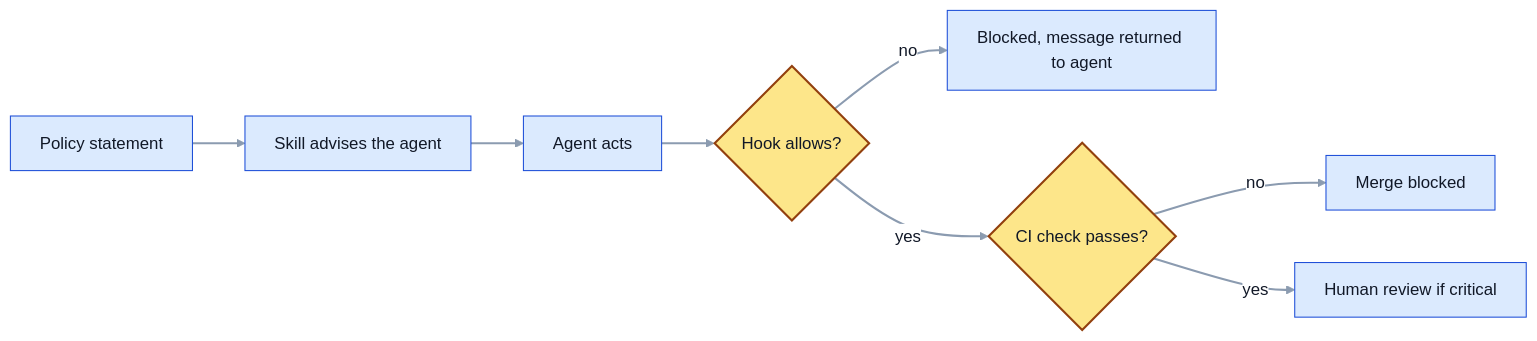
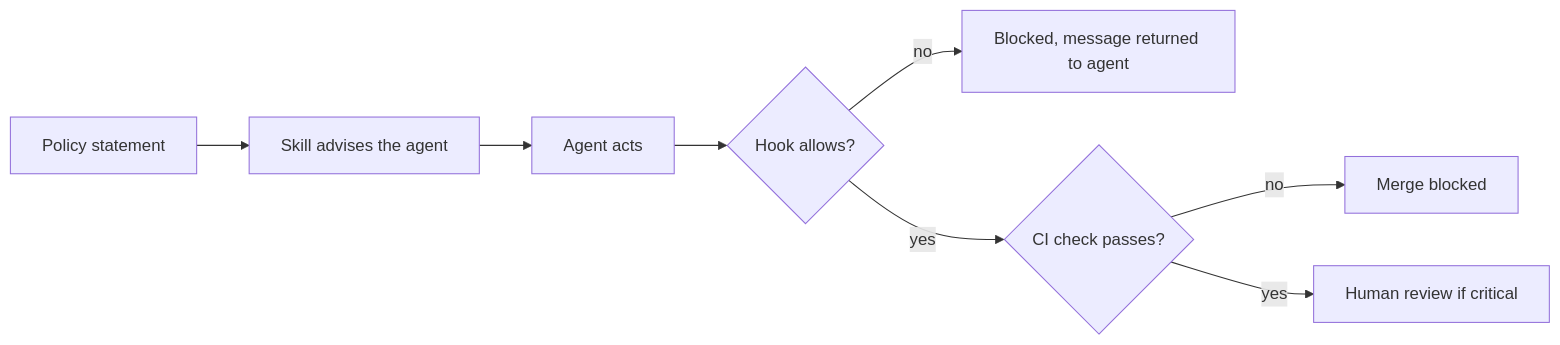
The diagram in skills/agentic-sdlc-bootstrap/assets/templates/policy.md (rafapc2/agentic_sdlc), drawn with Mermaid before and after one commit. The commit also changed other lines of this file and 12 other files, not shown here.

First line of the commit message:
fix: use the default Mermaid theme in diagrams

````diff
--- a/skills/agentic-sdlc-bootstrap/assets/templates/policy.md
+++ b/skills/agentic-sdlc-bootstrap/assets/templates/policy.md
@@ -38,14 +38,10 @@
 ```mermaid
-%%{init: {"theme":"base","themeVariables":{"fontFamily":"Arial, sans-serif","fontSize":"16px","lineColor":"#8b9bb0","textColor":"#111827","primaryTextColor":"#111827","primaryColor":"#dbeafe","primaryBorderColor":"#1d4ed8","edgeLabelBackground":"#ffffff","clusterBkg":"#f1f5f9","clusterBorder":"#475569","titleColor":"#111827"},"flowchart":{"curve":"basis","padding":14}}}%%
 flowchart LR
   P[Policy statement] --> S[Skill advises the agent]
   S --> Act[Agent acts]
   Act --> H{Hook allows?}
   H -- no --> Blk[Blocked, message returned to agent]
   H -- yes --> CI{CI check passes?}
   CI -- no --> Fail[Merge blocked]
   CI -- yes --> Rev[Human review if critical]
-  classDef gate fill:#fde68a,stroke:#92400e,stroke-width:2px,color:#111827;
-  class H,CI gate;
-  linkStyle default stroke-width:2px;
 ```
````
